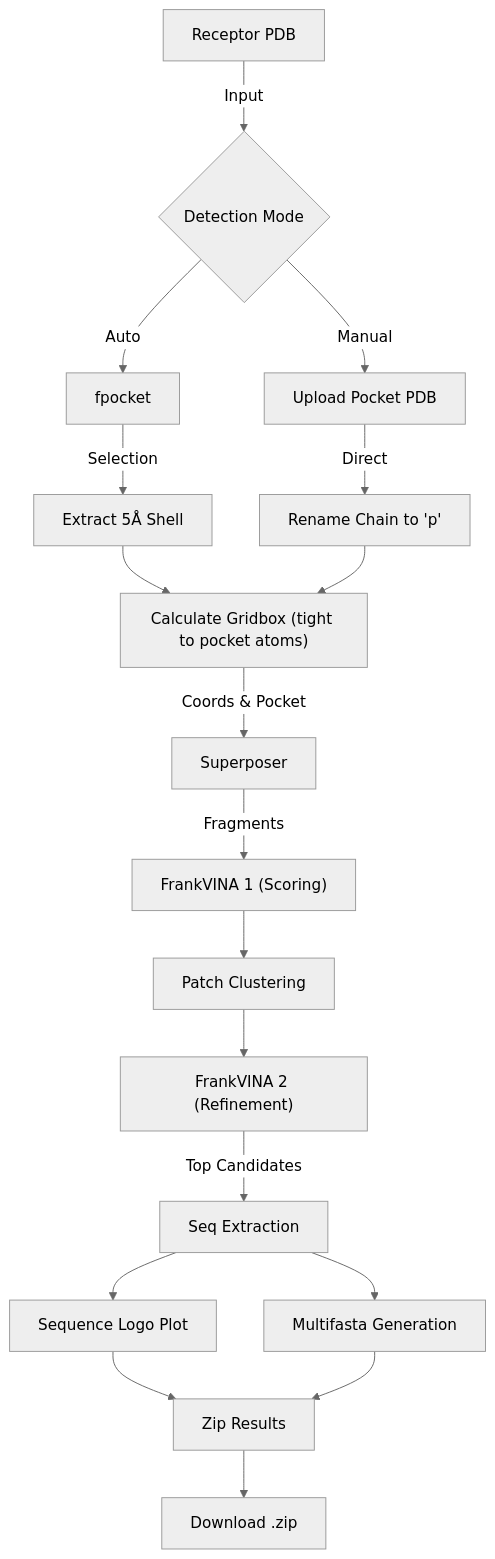
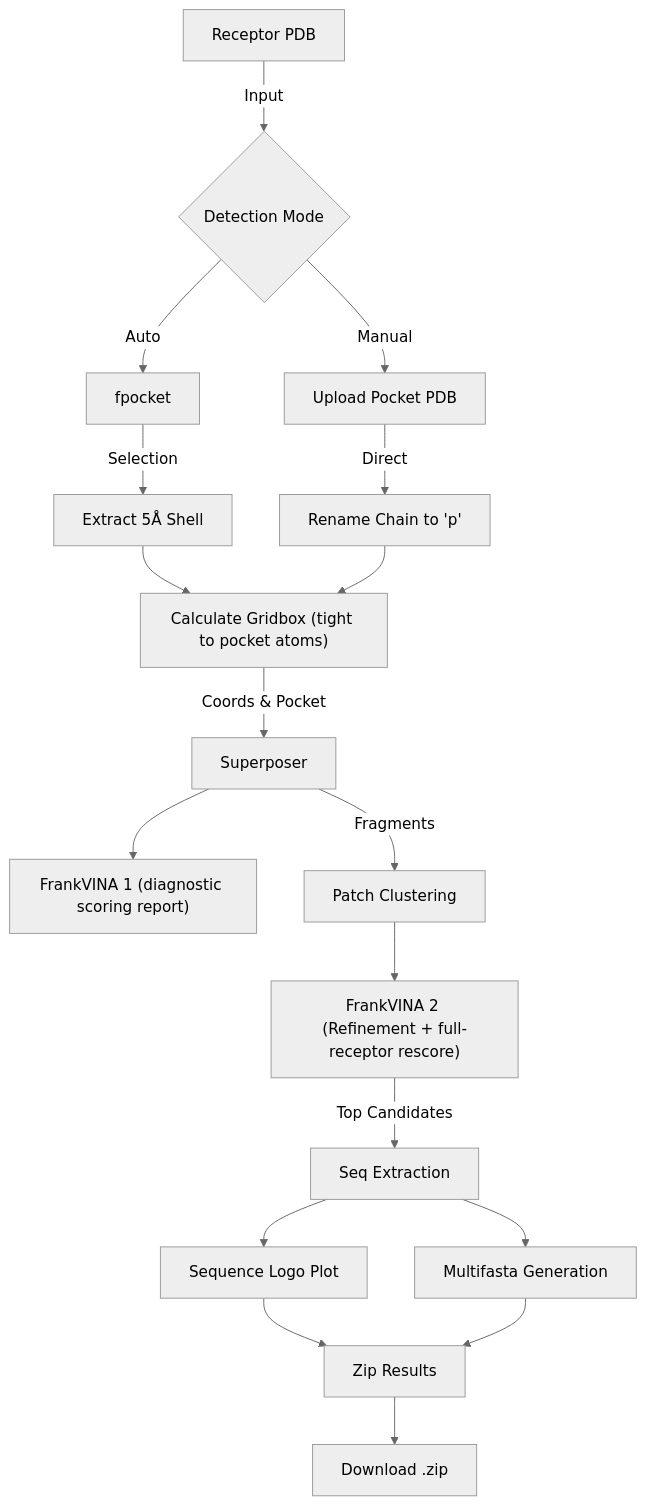
One commit to Joacaldog/FrankPEPstein changed the diagram in README.md. Above: the diagram before and after it, drawn with Mermaid (neutral theme). The commit also changed 10 other files, not shown here.

````diff
--- a/README.md
+++ b/README.md
@@ -9,23 +9,23 @@
 ```mermaid
 graph TD
     Rec["Receptor PDB"] -->|Input| Detect{"Detection Mode"}
     Detect -->|Auto| Fpocket["fpocket"]
     Detect -->|Manual| Upload["Upload Pocket PDB"]
     Fpocket -->|Selection| Extract["Extract 5Å Shell"]
     Upload -->|Direct| Clean["Rename Chain to 'p'"]
     Extract --> Gridbox["Calculate Gridbox (tight to pocket atoms)"]
     Clean --> Gridbox
 
     Gridbox -->|"Coords & Pocket"| Super["Superposer"]
-    Super -->|Fragments| Vina1["FrankVINA 1 (Scoring)"]
-    Vina1 --> Cluster["Patch Clustering"]
-    Cluster --> Vina2["FrankVINA 2 (Refinement)"]
+    Super --> Vina1["FrankVINA 1 (diagnostic scoring report)"]
+    Super -->|Fragments| Cluster["Patch Clustering"]
+    Cluster --> Vina2["FrankVINA 2 (Refinement + full-receptor rescore)"]
 
     Vina2 -->|"Top Candidates"| Seq["Seq Extraction"]
     Seq --> MSA["Multifasta Generation"]
     Seq --> Logo["Sequence Logo Plot"]
 
     Logo --> Zip["Zip Results"]
     MSA --> Zip
     Zip --> Download["Download .zip"]
 ```
````
